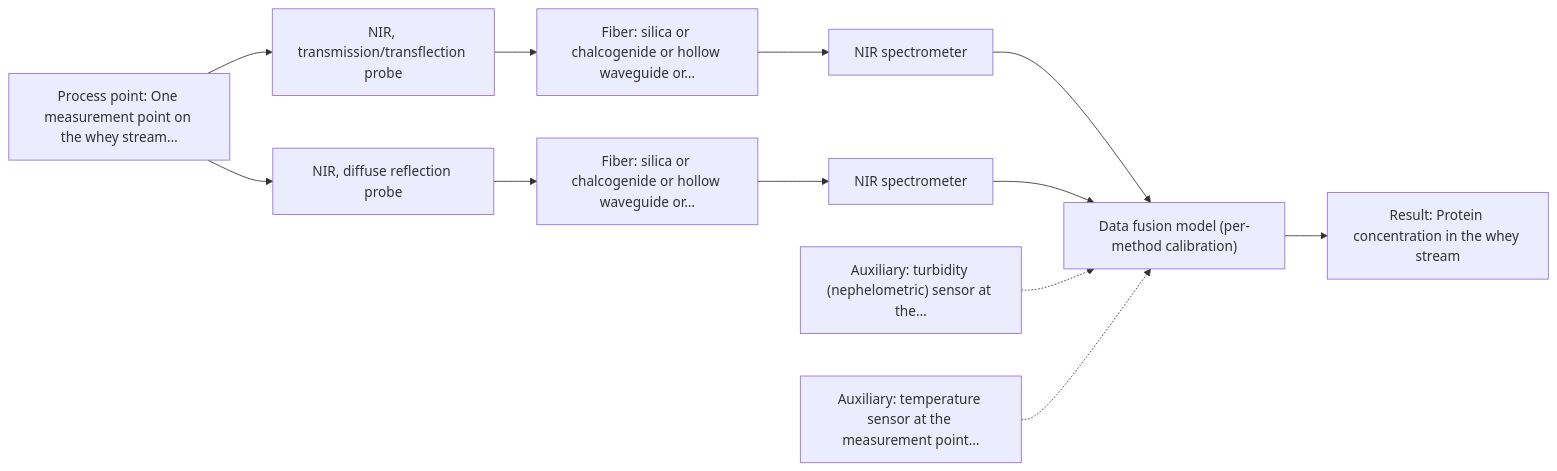
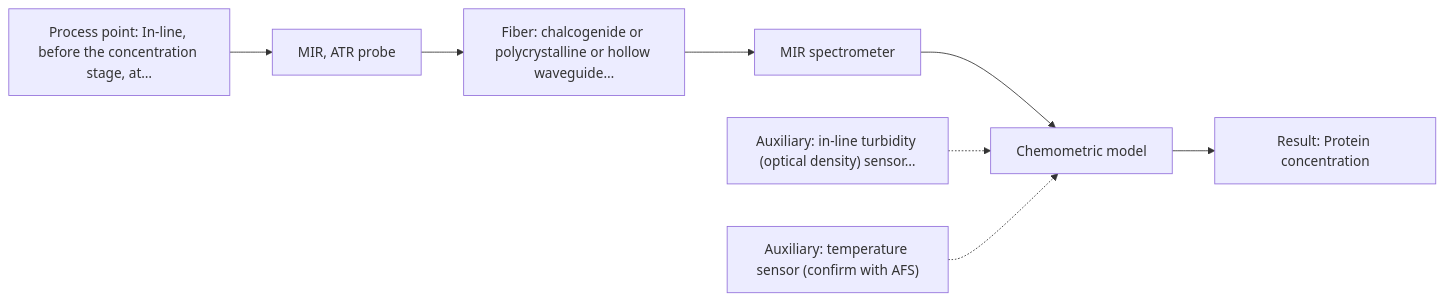
One commit to sleipnir029/Afs-Spectroscopy-Assistant changed the first of 2 diagrams in outputs/dev/D03.md. Above: the diagram before and after it, drawn with Mermaid. The commit also changed other lines of this file and 15 other files, not shown here.

Commit message:
3.R4 dev outputs: 8/8 pass, 0 hard failures, 236/236 citations, 14/14 charts, 8/8 cost classes

````diff
--- a/outputs/dev/D03.md
+++ b/outputs/dev/D03.md
@@ -36,25 +36,18 @@
 ```mermaid
 flowchart LR
-    proc["Process point: One measurement point on the whey stream…"]
-    probe1["NIR, transmission/transflection probe"]
-    fiber1["Fiber: silica or chalcogenide or hollow waveguide or…"]
-    spec1["NIR spectrometer"]
-    probe2["NIR, diffuse reflection probe"]
-    fiber2["Fiber: silica or chalcogenide or hollow waveguide or…"]
-    spec2["NIR spectrometer"]
-    model["Data fusion model (per-method calibration)"]
-    result["Result: Protein concentration in the whey stream"]
-    aux1["Auxiliary: turbidity (nephelometric) sensor at the…"]
-    aux2["Auxiliary: temperature sensor at the measurement point…"]
+    proc["Process point: In-line, before the concentration stage, at…"]
+    probe1["MIR, ATR probe"]
+    fiber1["Fiber: chalcogenide or polycrystalline or hollow waveguide…"]
+    spec1["MIR spectrometer"]
+    model["Chemometric model"]
+    result["Result: Protein concentration"]
+    aux1["Auxiliary: in-line turbidity (optical density) sensor…"]
+    aux2["Auxiliary: temperature sensor (confirm with AFS)"]
     proc --> probe1
     probe1 --> fiber1
     fiber1 --> spec1
     spec1 --> model
-    proc --> probe2
-    probe2 --> fiber2
-    fiber2 --> spec2
-    spec2 --> model
     model --> result
     aux1 -.-> model
     aux2 -.-> model
 ```
````
